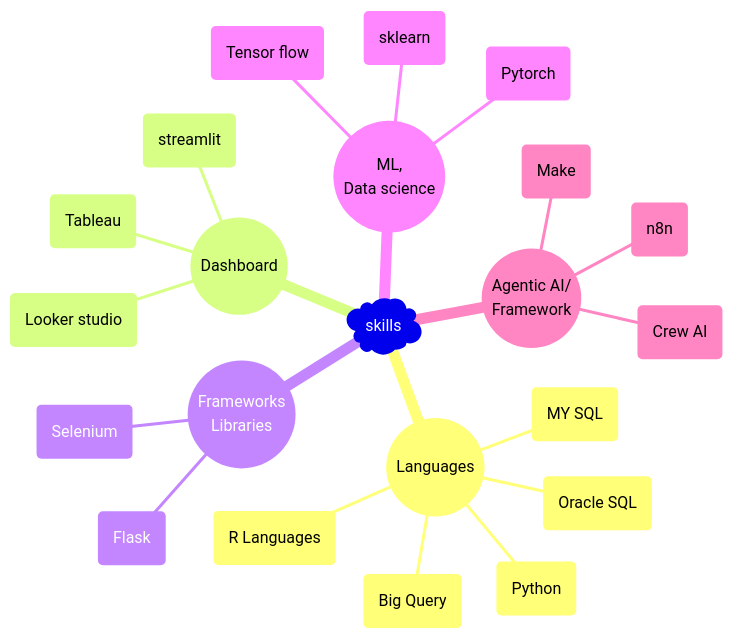
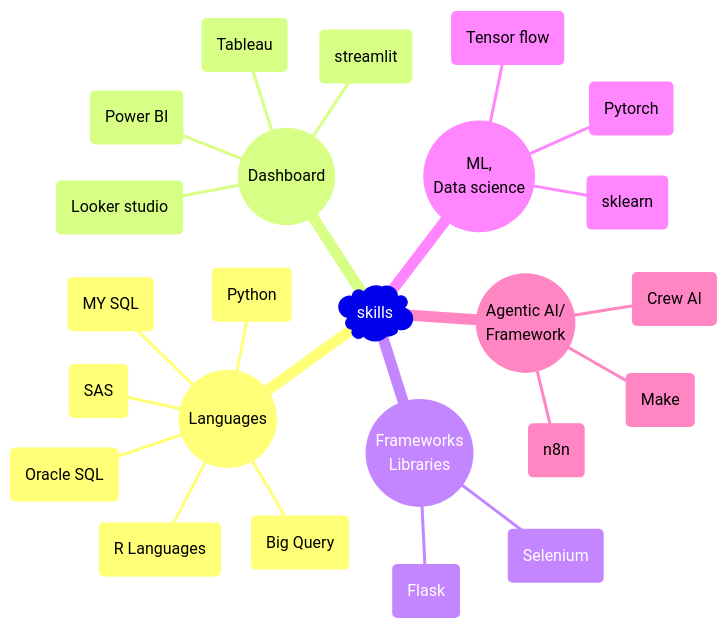
One commit to Biswas-Tinku/Biswas-Tinku changed the diagram in README.md. Above: the diagram before and after it, drawn with Mermaid. The commit also changed other lines of this file, not shown here.

````diff
--- a/README.md
+++ b/README.md
@@ -119,28 +121,30 @@
 ```mermaid
 mindmap
     root)skills(
         ((Languages))
             (Python)
             (R Languages)
             (MY SQL)
             (Big Query)
             (Oracle SQL)
+            (SAS)
         ((Dashboard))
             (Tableau)
             (Looker studio)
             (streamlit)
+            (Power BI)
         ((Frameworks
         Libraries))
             (Flask)
             (Selenium)            
         ((ML, 
         Data science))
             (sklearn)
             (Tensor flow)
             (Pytorch)
         ((Agentic AI/
         Framework))
             (n8n)
             (Make)
             (Crew AI)
 ```
````
